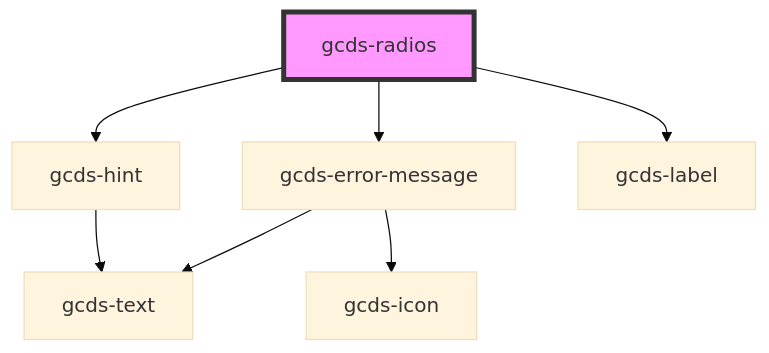
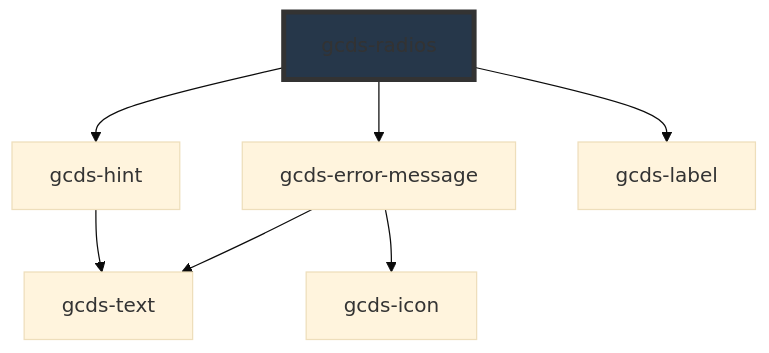
One commit to cds-snc/gcds-components changed the diagram in packages/web/src/components/gcds-radios/readme.md. Above: the diagram before and after it, drawn with Mermaid (base theme). The commit also changed other lines of this file and 21 other files, not shown here.

````diff
--- a/packages/web/src/components/gcds-radios/readme.md
+++ b/packages/web/src/components/gcds-radios/readme.md
@@ -58,10 +58,10 @@
 ```mermaid
 graph TD;
   gcds-radios --> gcds-hint
   gcds-radios --> gcds-error-message
   gcds-radios --> gcds-label
   gcds-hint --> gcds-text
   gcds-error-message --> gcds-text
   gcds-error-message --> gcds-icon
-  style gcds-radios fill:#f9f,stroke:#333,stroke-width:4px
+  style gcds-radios fill:#26374a,stroke:#333,stroke-width:4px
 ```
````
